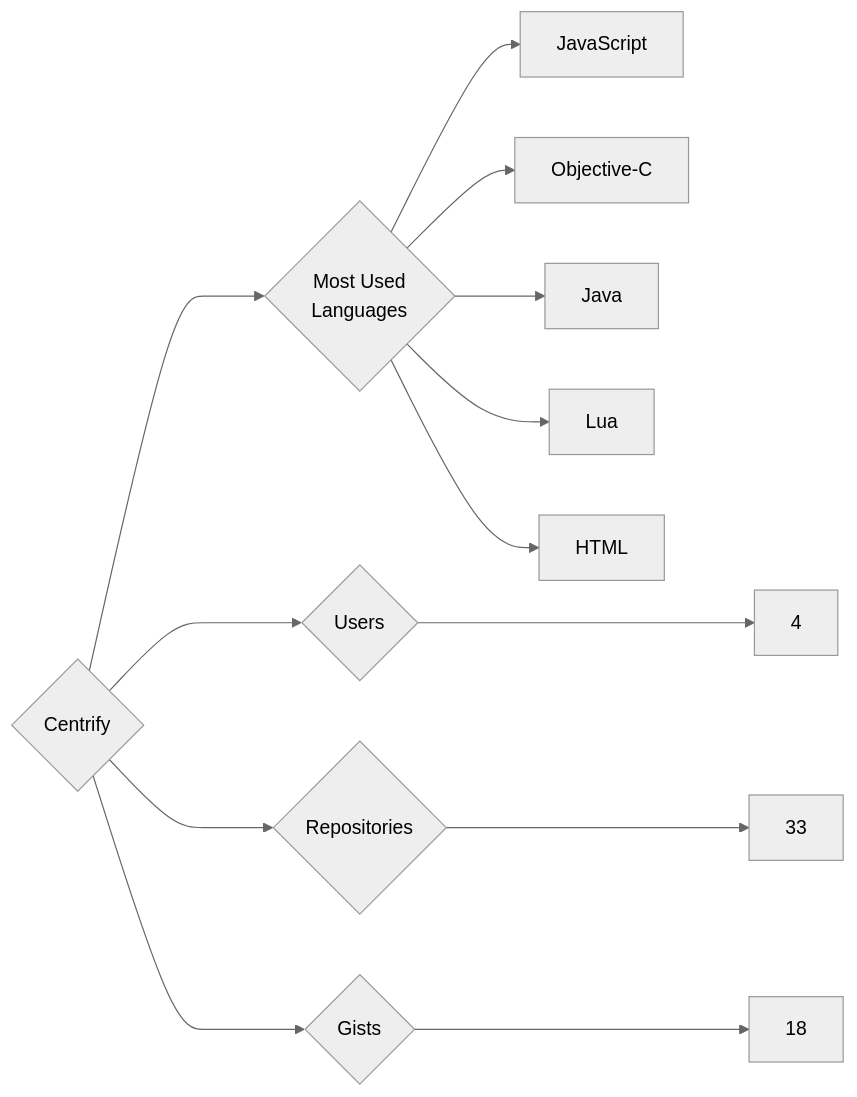
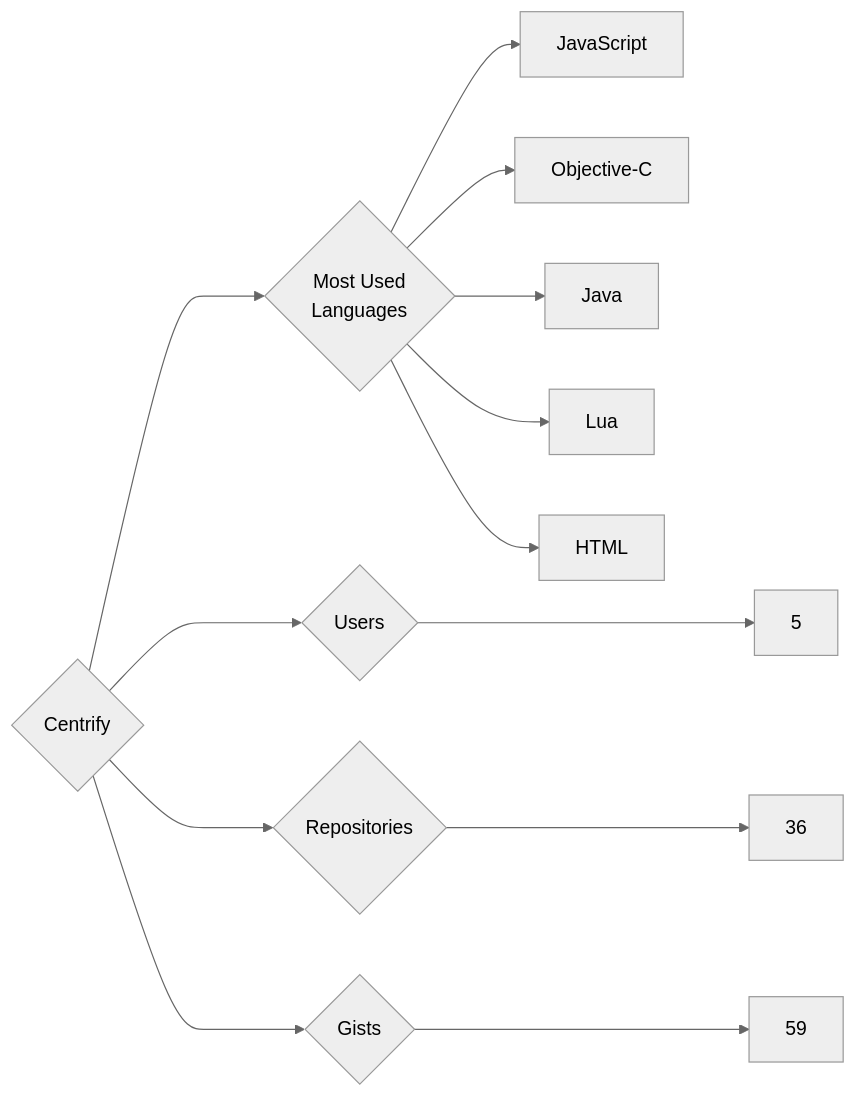
Before and after one commit to trickest/insiders: the diagram in targets/Centrify/README.md, drawn with Mermaid (neutral theme). The commit also changed 1030 other files, not shown here.

````diff
--- a/targets/Centrify/README.md
+++ b/targets/Centrify/README.md
@@ -3,13 +3,13 @@
 ```mermaid
 graph LR
 COMPANY_NAME{Centrify}
-COMPANY_NAME ---> U{Users} ---> UN[4]
-COMPANY_NAME ---> R{Repositories} ---> RN[33]
-COMPANY_NAME ---> G{Gists} ---> GN[18]
+COMPANY_NAME ---> U{Users} ---> UN[5]
+COMPANY_NAME ---> R{Repositories} ---> RN[36]
+COMPANY_NAME ---> G{Gists} ---> GN[59]
 COMPANY_NAME ---> ML{Most Used<br>Languages}
 ML --> JavaScript[JavaScript]
 ML --> Objective-C[Objective-C]
 ML --> Java[Java]
 ML --> Lua[Lua]
 ML --> HTML[HTML]
 ```
````
